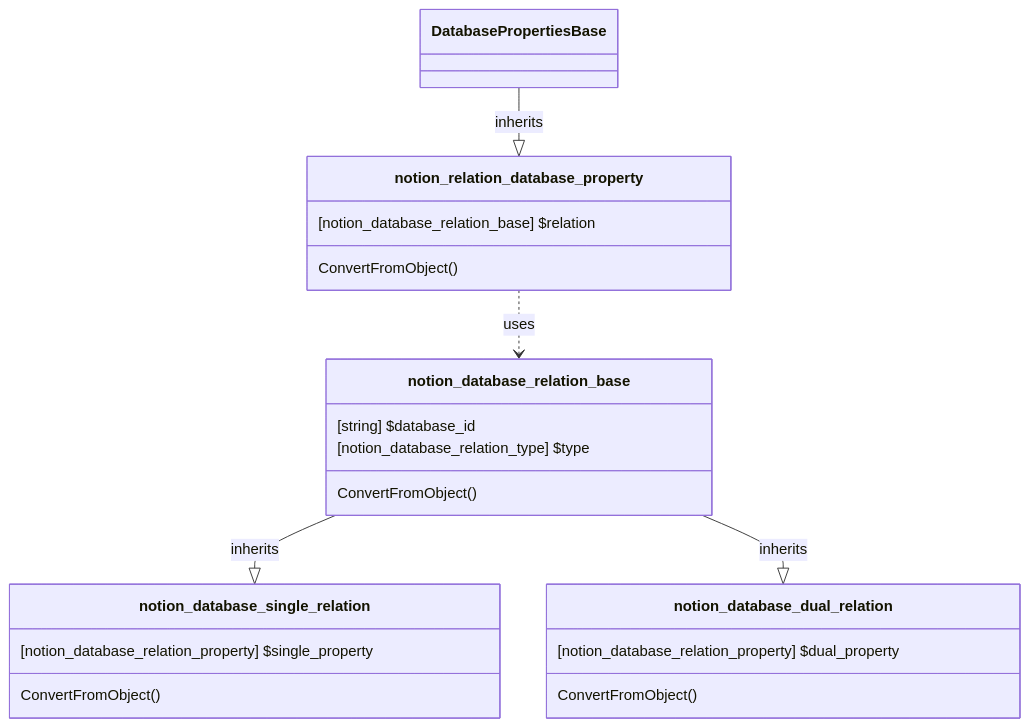
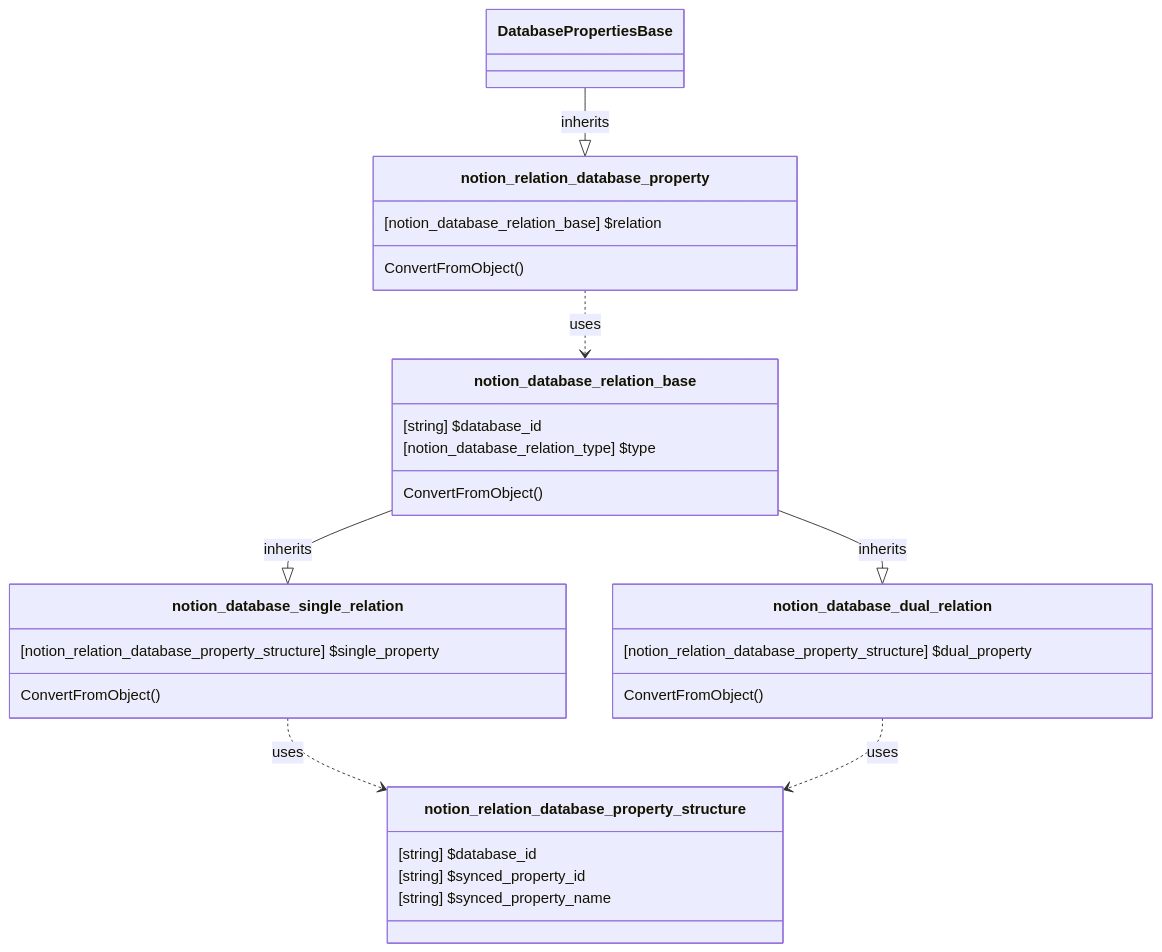
The diagram in source/WikiSource/Classes/Database/DatabaseProperties/16_dp_relation.md (fasteiner/Notion), drawn with Mermaid before and after one commit. The commit also changed 2 other files, not shown here.

Commit message:
refactor: update to-do block and relation classes to use new structure classes

````diff
--- a/source/WikiSource/Classes/Database/DatabaseProperties/16_dp_relation.md
+++ b/source/WikiSource/Classes/Database/DatabaseProperties/16_dp_relation.md
@@ -5,29 +5,40 @@
 ```mermaid
 classDiagram
 
     class notion_database_relation_base {
         [string] $database_id
         [notion_database_relation_type] $type
         ConvertFromObject()
     }
 
     class notion_database_single_relation {
-        [notion_database_relation_property] $single_property
+        [notion_relation_database_property_structure] $single_property
         ConvertFromObject()
     }
 
     class notion_database_dual_relation {
-        [notion_database_relation_property] $dual_property
+        [notion_relation_database_property_structure] $dual_property
         ConvertFromObject()
     }
 
 
     class notion_relation_database_property {
         [notion_database_relation_base] $relation
         ConvertFromObject()
     }
+
+    class notion_relation_database_property_structure{
+
+        [string] $database_id
+        [string] $synced_property_id
+        [string] $synced_property_name
+    }
+
     `DatabasePropertiesBase` --|> `notion_relation_database_property`:inherits
     `notion_database_relation_base` --|> `notion_database_single_relation`:inherits
     `notion_database_relation_base` --|> `notion_database_dual_relation`:inherits
     `notion_relation_database_property` ..> notion_database_relation_base:uses
+    `notion_database_single_relation` ..> `notion_relation_database_property_structure`:uses
+    `notion_database_dual_relation` ..> `notion_relation_database_property_structure`:uses
+
 ```
````
